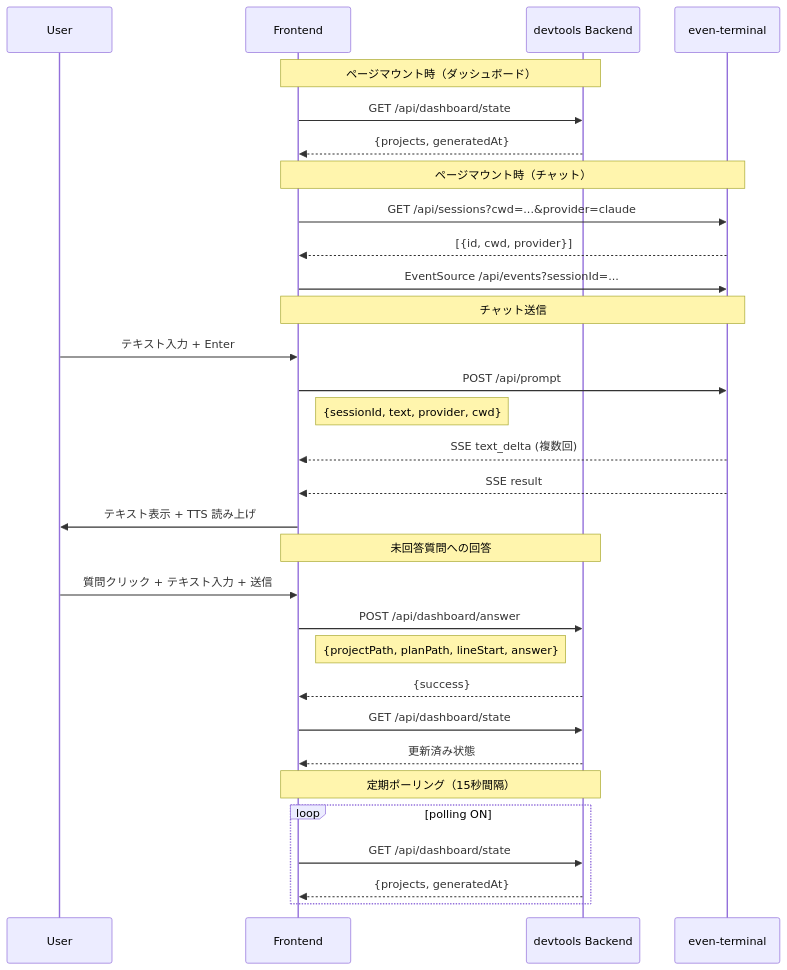
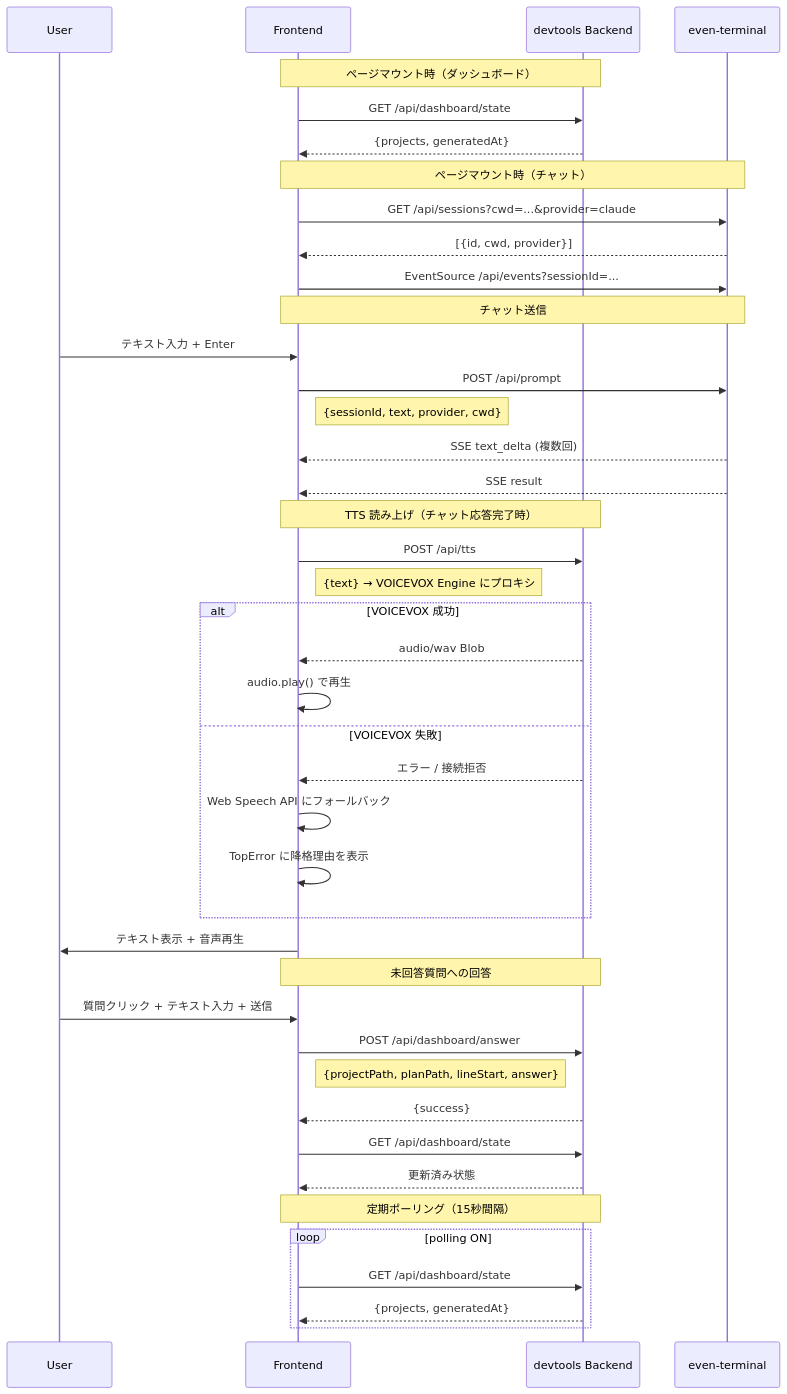
Before and after one commit to nyan-tama/Ghostrunner: diagram 42 of 42 in devtools/frontend/docs/screen-flow.md, drawn with Mermaid. The commit also changed other lines of this file and 12 other files, not shown here.

First line of the commit message:
feat: VOICEVOX TTS フロントエンド実装(useTTS全面書換、lib/tts/モジュール群新規、7経路フォールバック)

````diff
--- a/devtools/frontend/docs/screen-flow.md
+++ b/devtools/frontend/docs/screen-flow.md
@@ -1066,38 +1072,50 @@
 ```mermaid
 sequenceDiagram
     participant User
     participant Frontend
     participant DevtoolsAPI as devtools Backend
     participant EvenTerminal as even-terminal
 
     Note over Frontend,DevtoolsAPI: ページマウント時（ダッシュボード）
     Frontend->>DevtoolsAPI: GET /api/dashboard/state
     DevtoolsAPI-->>Frontend: {projects, generatedAt}
 
     Note over Frontend,EvenTerminal: ページマウント時（チャット）
     Frontend->>EvenTerminal: GET /api/sessions?cwd=...&provider=claude
     EvenTerminal-->>Frontend: [{id, cwd, provider}]
     Frontend->>EvenTerminal: EventSource /api/events?sessionId=...
 
     Note over Frontend,EvenTerminal: チャット送信
     User->>Frontend: テキスト入力 + Enter
     Frontend->>EvenTerminal: POST /api/prompt
     Note right of Frontend: {sessionId, text, provider, cwd}
     EvenTerminal-->>Frontend: SSE text_delta (複数回)
     EvenTerminal-->>Frontend: SSE result
-    Frontend->>User: テキスト表示 + TTS 読み上げ
+
+    Note over Frontend,DevtoolsAPI: TTS 読み上げ（チャット応答完了時）
+    Frontend->>DevtoolsAPI: POST /api/tts
+    Note right of Frontend: {text} → VOICEVOX Engine にプロキシ
+    alt VOICEVOX 成功
+        DevtoolsAPI-->>Frontend: audio/wav Blob
+        Frontend->>Frontend: audio.play() で再生
+    else VOICEVOX 失敗
+        DevtoolsAPI-->>Frontend: エラー / 接続拒否
+        Frontend->>Frontend: Web Speech API にフォールバック
+        Frontend->>Frontend: TopError に降格理由を表示
+    end
+    Frontend->>User: テキスト表示 + 音声再生
 
     Note over Frontend,DevtoolsAPI: 未回答質問への回答
     User->>Frontend: 質問クリック + テキスト入力 + 送信
     Frontend->>DevtoolsAPI: POST /api/dashboard/answer
     Note right of Frontend: {projectPath, planPath, lineStart, answer}
     DevtoolsAPI-->>Frontend: {success}
     Frontend->>DevtoolsAPI: GET /api/dashboard/state
     DevtoolsAPI-->>Frontend: 更新済み状態
 
     Note over Frontend,DevtoolsAPI: 定期ポーリング（15秒間隔）
     loop polling ON
         Frontend->>DevtoolsAPI: GET /api/dashboard/state
         DevtoolsAPI-->>Frontend: {projects, generatedAt}
     end
 ```
````
